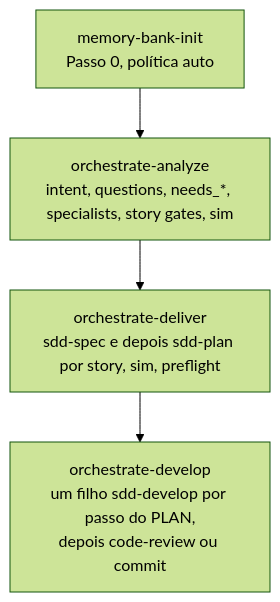
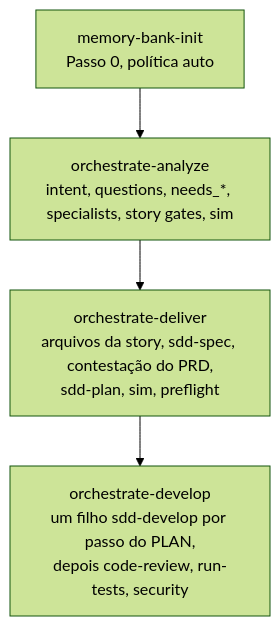
Before and after one commit to tibursocampos/agent-dev-toolkit: the first of 2 diagrams in docs-site/orchestrated-delivery.pt.md, drawn with Mermaid (forest theme). The commit also changed other lines of this file and 20 other files, not shown here.

````diff
--- a/docs-site/orchestrated-delivery.pt.md
+++ b/docs-site/orchestrated-delivery.pt.md
@@ -39,8 +39,8 @@
 ```mermaid
 flowchart TD
   step0["memory-bank-init<br/>Passo 0, política auto"]
   o1["orchestrate-analyze<br/>intent, questions, needs_*, specialists, story gates, sim"]
-  o2["orchestrate-deliver<br/>sdd-spec e depois sdd-plan por story, sim, preflight"]
-  o3["orchestrate-develop<br/>um filho sdd-develop por passo do PLAN,<br/>depois code-review ou commit"]
+  o2["orchestrate-deliver<br/>arquivos da story, sdd-spec, contestação do PRD,<br/>sdd-plan, sim, preflight"]
+  o3["orchestrate-develop<br/>um filho sdd-develop por passo do PLAN,<br/>depois code-review, run-tests, security"]
   step0 --> o1 --> o2 --> o3
 ```
````
